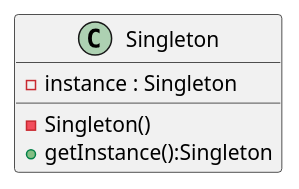
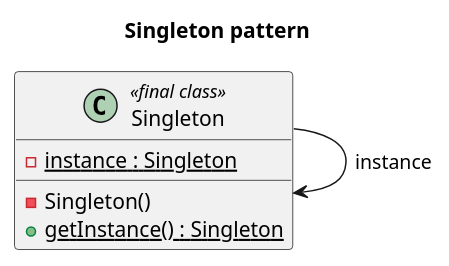
The diagram in Creational/Singleton/Singleton.pu (nazares/Design-Patterns), drawn with PlantUML before and after one commit. The commit also changed 2 other files, not shown here.

Commit message:
add Singleton pattern

```diff
--- a/Creational/Singleton/Singleton.pu
+++ b/Creational/Singleton/Singleton.pu
@@ -1,7 +1,11 @@
 @startuml Singleton
-    class Singleton {
-        - instance : Singleton
-        - Singleton()
-        + getInstance():Singleton
-    }
+title Singleton pattern
+
+class Singleton <<final class>> {
+    -{static} instance : Singleton
+    - Singleton()
+    +{static} getInstance() : Singleton
+}
+
+Singleton --> Singleton:instance
 @enduml
```
